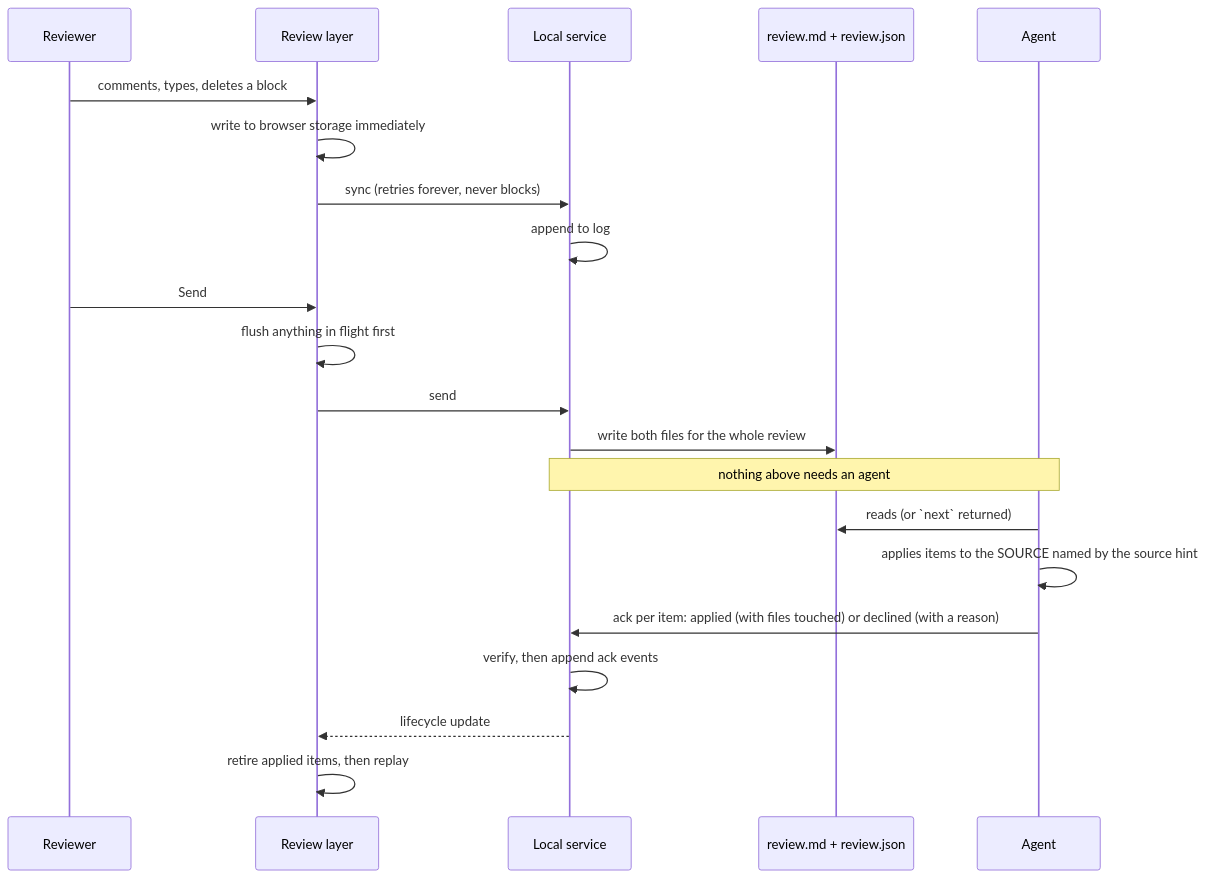
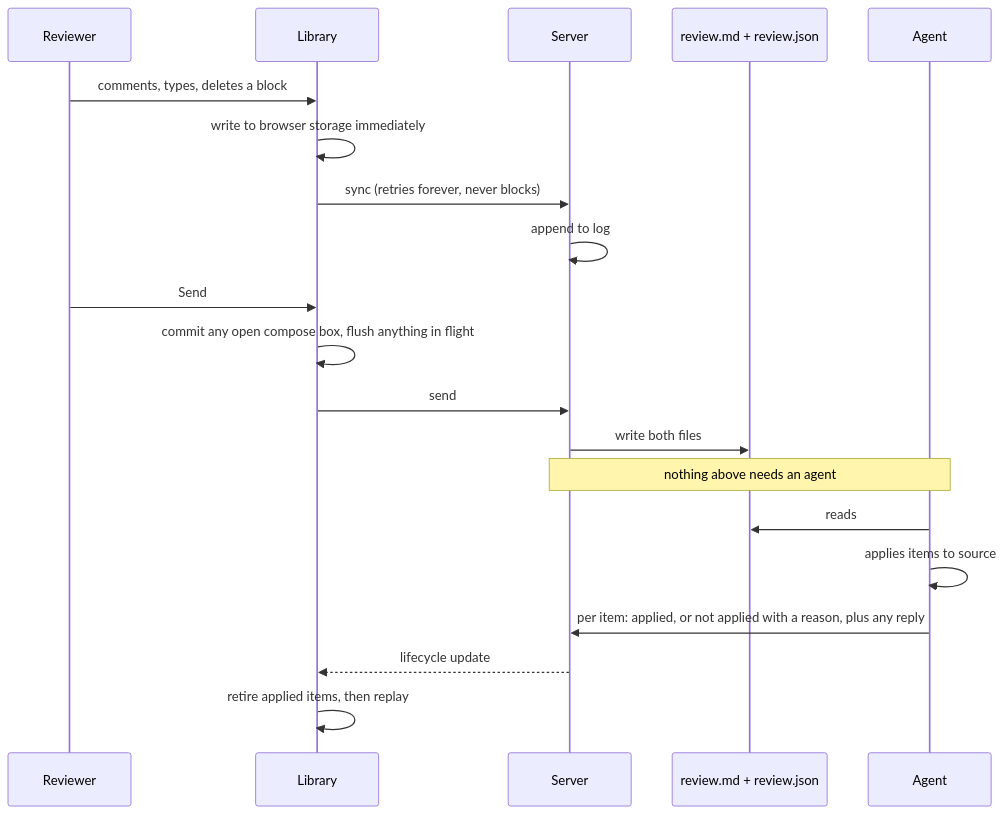
One commit to kenxle/live-agentic-html-editor changed the third of 4 diagrams in docs/features/20260812.01_live_agentic_html_editor/02_architecture_live_agentic_html_editor.md. Above: the diagram before and after it, drawn with Mermaid. The commit also changed other lines of this file and 37 other files, not shown here.

Commit message:
Re-cut all three docs: standalone library plus a small server, not a workflow tool

````diff
--- a/docs/features/20260812.01_live_agentic_html_editor/02_architecture_live_agentic_html_editor.md
+++ b/docs/features/20260812.01_live_agentic_html_editor/02_architecture_live_agentic_html_editor.md
@@ -334,24 +200,23 @@
 ```mermaid
 sequenceDiagram
     participant R as Reviewer
-    participant L as Review layer
-    participant S as Local service
+    participant L as Library
+    participant S as Server
     participant F as review.md + review.json
     participant A as Agent
 
     R->>L: comments, types, deletes a block
     L->>L: write to browser storage immediately
     L->>S: sync (retries forever, never blocks)
     S->>S: append to log
     R->>L: Send
-    L->>L: flush anything in flight first
+    L->>L: commit any open compose box, flush anything in flight
     L->>S: send
-    S->>F: write both files for the whole review
+    S->>F: write both files
     Note over S,A: nothing above needs an agent
-    A->>F: reads (or `next` returned)
-    A->>A: applies items to the SOURCE named by the source hint
-    A->>S: ack per item: applied (with files touched) or declined (with a reason)
-    S->>S: verify, then append ack events
+    A->>F: reads
+    A->>A: applies items to source
+    A->>S: per item: applied, or not applied with a reason, plus any reply
     S-->>L: lifecycle update
     L->>L: retire applied items, then replay
 ```
````
